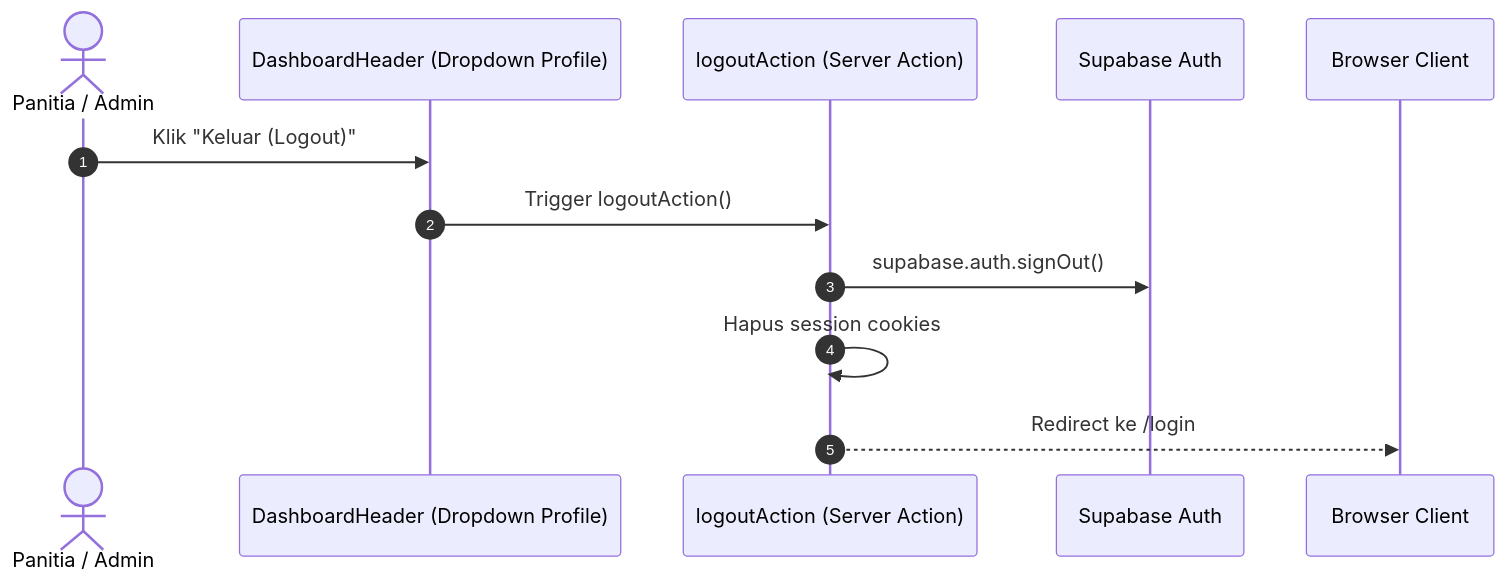
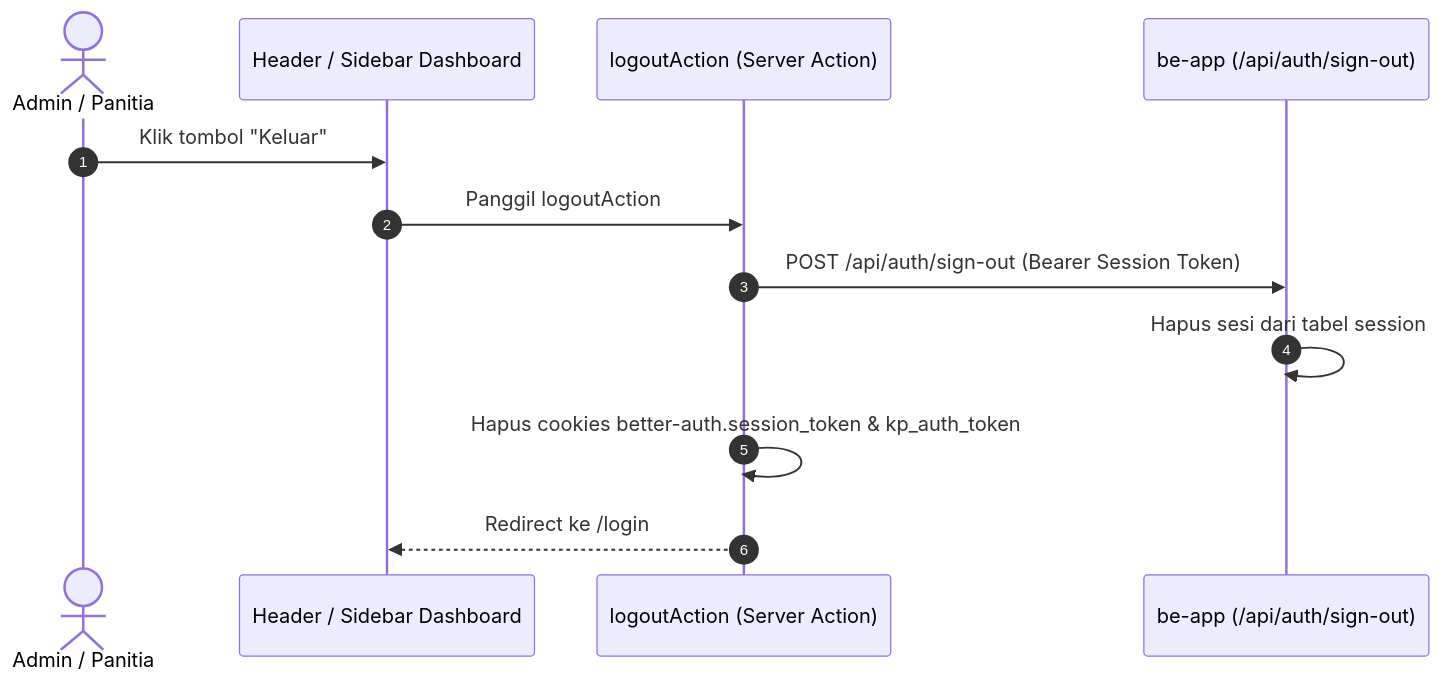
One commit to RizqiAndri07/kemas-2025 changed the second of 2 diagrams in docs/feateures/auth-feature.md. Above: the diagram before and after it, drawn with Mermaid. The commit also changed other lines of this file and 8 other files, not shown here.

Commit message:
update auth: now use better auth

````diff
--- a/docs/feateures/auth-feature.md
+++ b/docs/feateures/auth-feature.md
@@ -192,15 +58,15 @@
 ```mermaid
 sequenceDiagram
     autonumber
-    actor Admin as Panitia / Admin
-    participant Header as DashboardHeader (Dropdown Profile)
+    actor Admin as Admin / Panitia
+    participant UI as Header / Sidebar Dashboard
     participant Action as logoutAction (Server Action)
-    participant Supabase as Supabase Auth
-    participant Browser as Browser Client
+    participant BEAuth as be-app (/api/auth/sign-out)
 
-    Admin->>Header: Klik "Keluar (Logout)"
-    Header->>Action: Trigger logoutAction()
-    Action->>Supabase: supabase.auth.signOut()
-    Action->>Action: Hapus session cookies
-    Action-->>Browser: Redirect ke /login
+    Admin->>UI: Klik tombol "Keluar"
+    UI->>Action: Panggil logoutAction
+    Action->>BEAuth: POST /api/auth/sign-out (Bearer Session Token)
+    BEAuth->>BEAuth: Hapus sesi dari tabel session
+    Action->>Action: Hapus cookies better-auth.session_token & kp_auth_token
+    Action-->>UI: Redirect ke /login
 ```
````
